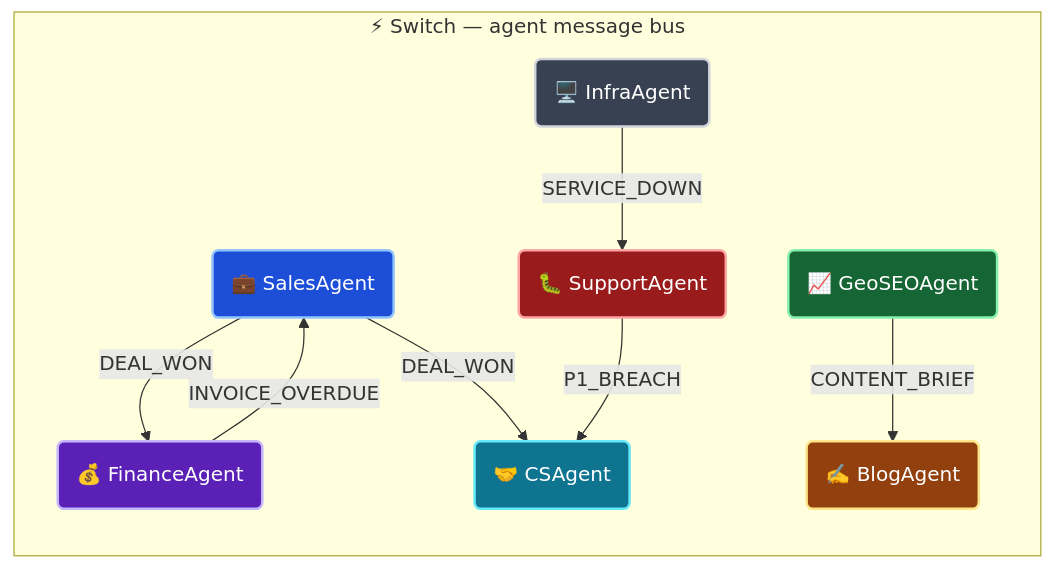
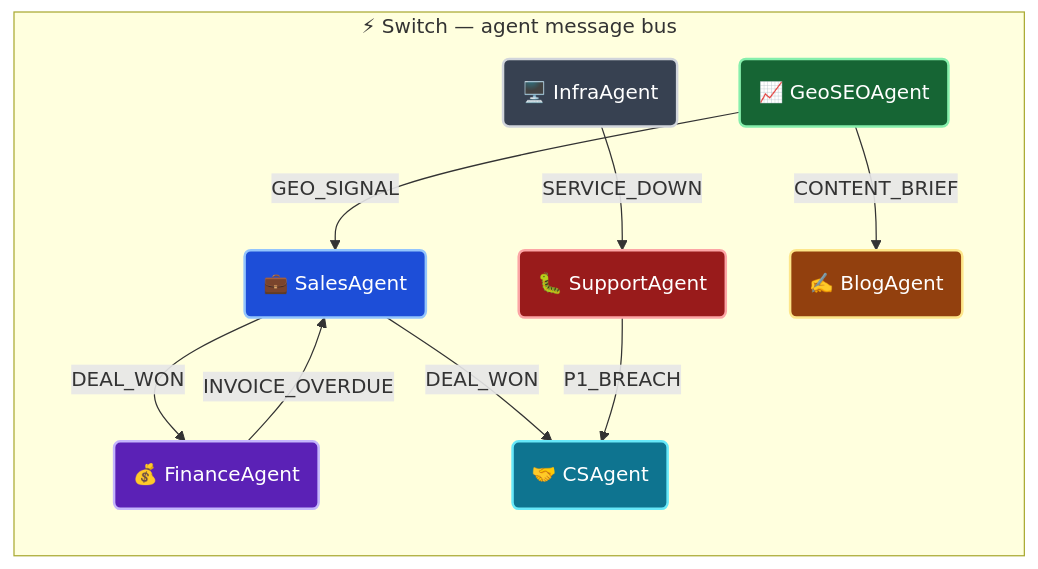
Before and after one commit to deveshchandiramani2006/switch-hackathon: the diagram in nexus/README.md, drawn with Mermaid. The commit also changed other lines of this file and 4 other files, not shown here.

````diff
--- a/nexus/README.md
+++ b/nexus/README.md
@@ -66,26 +90,27 @@
 ```mermaid
 flowchart LR
     classDef sales   fill:#1d4ed8,stroke:#93c5fd,color:#fff,stroke-width:2px
     classDef finance fill:#5b21b6,stroke:#c4b5fd,color:#fff,stroke-width:2px
     classDef cs      fill:#0e7490,stroke:#67e8f9,color:#fff,stroke-width:2px
     classDef support fill:#991b1b,stroke:#fca5a5,color:#fff,stroke-width:2px
     classDef geo     fill:#166534,stroke:#86efac,color:#fff,stroke-width:2px
     classDef blog    fill:#92400e,stroke:#fde68a,color:#fff,stroke-width:2px
     classDef infra   fill:#374151,stroke:#d1d5db,color:#fff,stroke-width:2px
 
     subgraph sw["⚡ Switch — agent message bus"]
         SA("💼 SalesAgent"):::sales
         FA("💰 FinanceAgent"):::finance
         CA("🤝 CSAgent"):::cs
         SUA("🐛 SupportAgent"):::support
         GEO("📈 GeoSEOAgent"):::geo
         BA("✍️ BlogAgent"):::blog
         IA("🖥️ InfraAgent"):::infra
     end
 
     SA  -->|DEAL_WON| FA & CA
     FA  -->|INVOICE_OVERDUE| SA
     SUA -->|P1_BREACH| CA
     IA  -->|SERVICE_DOWN| SUA
     GEO -->|CONTENT_BRIEF| BA
+    GEO -->|GEO_SIGNAL| SA
 ```
````
